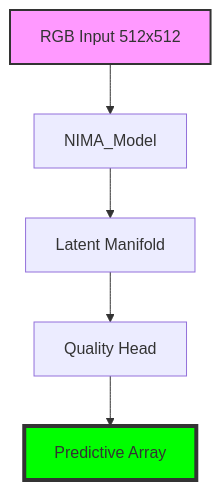
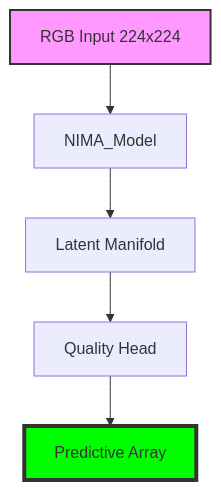
Before and after one commit to lemgenda/lemgendary-pretrained-models: the diagram in nima_aesthetic_mobile/README.md, drawn with Mermaid. The commit also changed other lines of this file and 5 other files, not shown here.

Commit message:
feat: add NIMA aesthetic mobile model checkpoints, metrics, and documentation

````diff
--- a/nima_aesthetic_mobile/README.md
+++ b/nima_aesthetic_mobile/README.md
@@ -17,10 +17,10 @@
 ```mermaid
 graph TD
-    Input[RGB Input 512x512] --> Backbone[NIMA_Model]
+    Input[RGB Input 224x224] --> Backbone[NIMA_Model]
     Backbone --> Manifold[Latent Manifold]
     Manifold --> Head[Quality Head]
     Head --> Output[Predictive Array]
     
     style Input fill:#f9f,stroke:#333,stroke-width:2px
     style Output fill:#00ff00,stroke:#333,stroke-width:4px
 ```
````
